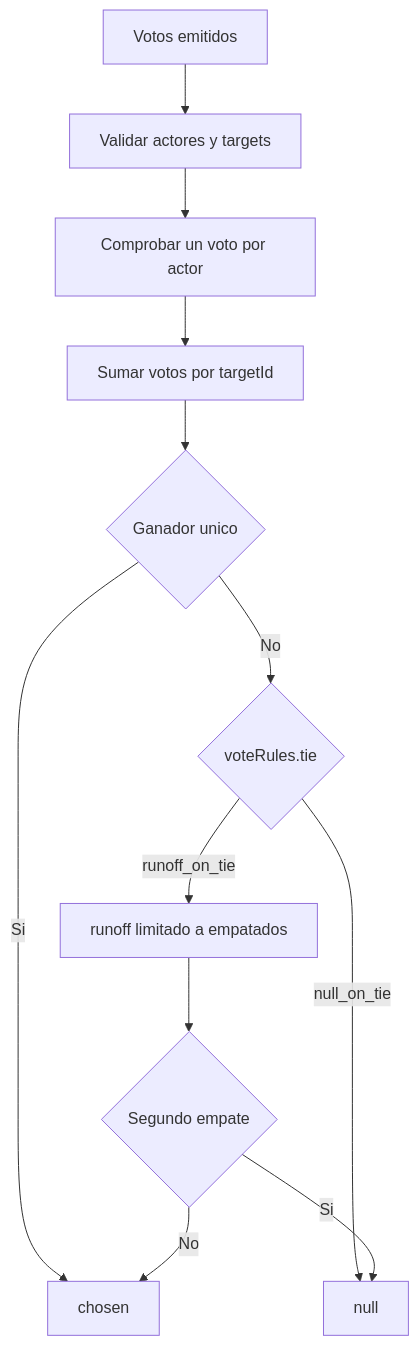
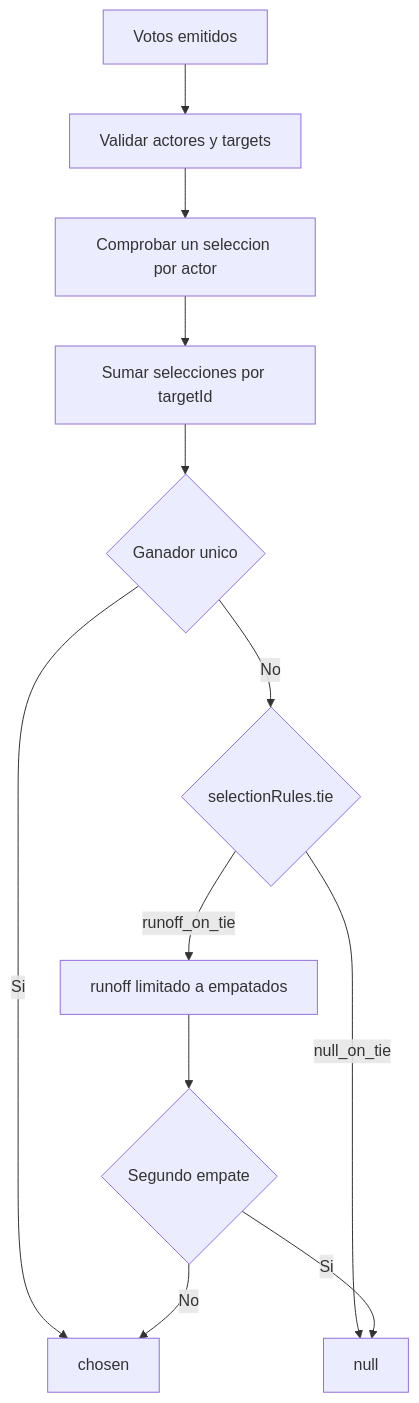
Diagram 13 of 14 in docs/engine_flow_map.md (juanramonmorandeira/castronegro-director), drawn with Mermaid before and after one commit. The commit also changed other lines of this file and 37 other files, not shown here.

````diff
--- a/docs/engine_flow_map.md
+++ b/docs/engine_flow_map.md
@@ -658,14 +657,14 @@
 ```mermaid
 flowchart TD
   A[Votos emitidos] --> B[Validar actores y targets]
-  B --> C[Comprobar un voto por actor]
-  C --> D[Sumar votos por targetId]
+  B --> C[Comprobar un seleccion por actor]
+  C --> D[Sumar selecciones por targetId]
   D --> E{Ganador unico}
   E -->|Si| F[chosen]
-  E -->|No| G{voteRules.tie}
+  E -->|No| G{selectionRules.tie}
   G -->|null_on_tie| H[null]
   G -->|runoff_on_tie| I[runoff limitado a empatados]
   I --> J{Segundo empate}
   J -->|Si| H
   J -->|No| F
 ```
````
